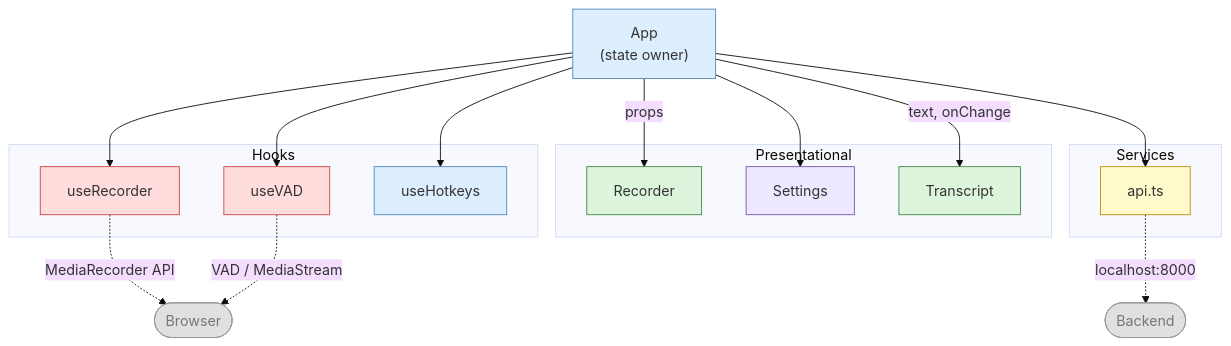
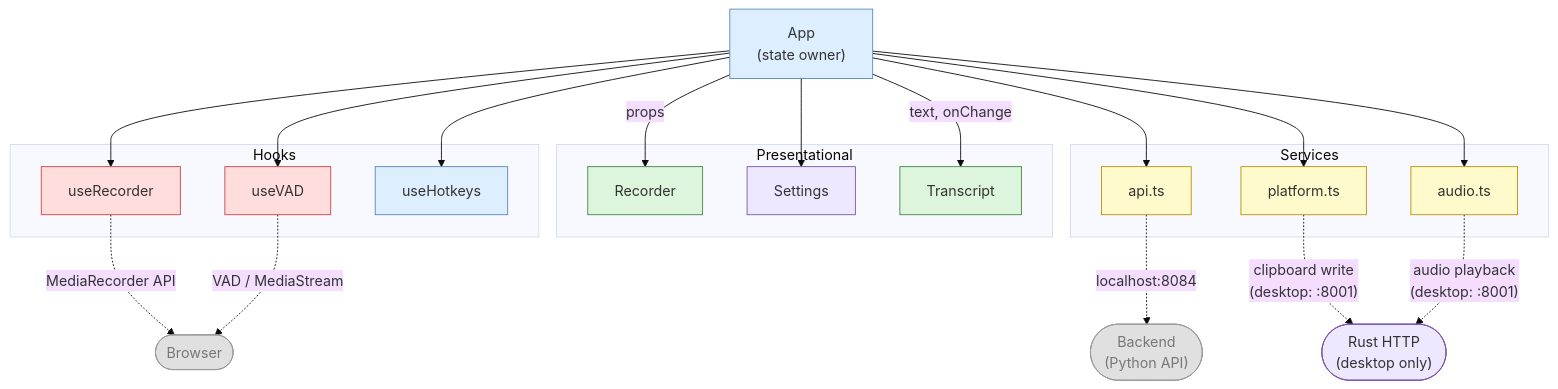
Before and after one commit to JohnYanez95/voice-scribe: the diagram in docs/diagrams/component-architecture.mmd, drawn with Mermaid (base theme). The commit also changed 5 other files, not shown here.

First line of the commit message:
docs: v3.3 Phase 0 — update state machine, timeline, and component diagrams

```diff
--- a/docs/diagrams/component-architecture.mmd
+++ b/docs/diagrams/component-architecture.mmd
@@ -1,41 +1,50 @@
 flowchart TB
     App["App\n(state owner)"]
 
     subgraph Hooks ["Hooks"]
         useRecorder["useRecorder"]
         useVAD["useVAD"]
         useHotkeys["useHotkeys"]
     end
 
     subgraph Presentational ["Presentational"]
         Recorder["Recorder"]
         Settings["Settings"]
         Transcript["Transcript"]
     end
 
     subgraph Services ["Services"]
         api["api.ts"]
+        platform["platform.ts"]
+        audio["audio.ts"]
     end
 
     App --> useRecorder
     App --> useVAD
     App --> useHotkeys
     App -->|"props"| Recorder
     App --> Settings
     App -->|"text, onChange"| Transcript
     App --> api
+    App --> platform
+    App --> audio
 
     useRecorder -.->|"MediaRecorder API"| mic(["Browser"])
     useVAD -.->|"VAD / MediaStream"| mic
-    api -.->|"localhost:8000"| backend(["Backend"])
+    api -.->|"localhost:8084"| backend(["Backend\n(Python API)"])
+    platform -.->|"clipboard write\n(desktop: :8001)"| rustSrv(["Rust HTTP\n(desktop only)"])
+    audio -.->|"audio playback\n(desktop: :8001)"| rustSrv
 
     style App         fill:#ddeeff,stroke:#5588bb,color:#333
     style useRecorder fill:#ffdddd,stroke:#cc4444,color:#333
     style useVAD      fill:#ffdddd,stroke:#cc4444,color:#333
     style useHotkeys  fill:#ddeeff,stroke:#5588bb,color:#333
     style Recorder    fill:#ddf5dd,stroke:#448844,color:#333
     style Settings    fill:#ede8ff,stroke:#7755aa,color:#333
     style Transcript  fill:#ddf5dd,stroke:#448844,color:#333
     style api         fill:#fffacc,stroke:#b8900a,color:#333
+    style platform    fill:#fffacc,stroke:#b8900a,color:#333
+    style audio       fill:#fffacc,stroke:#b8900a,color:#333
     style mic         fill:#e0e0e0,stroke:#999999,color:#777
     style backend     fill:#e0e0e0,stroke:#999999,color:#777
+    style rustSrv    fill:#ede8ff,stroke:#7755aa,color:#333
```
